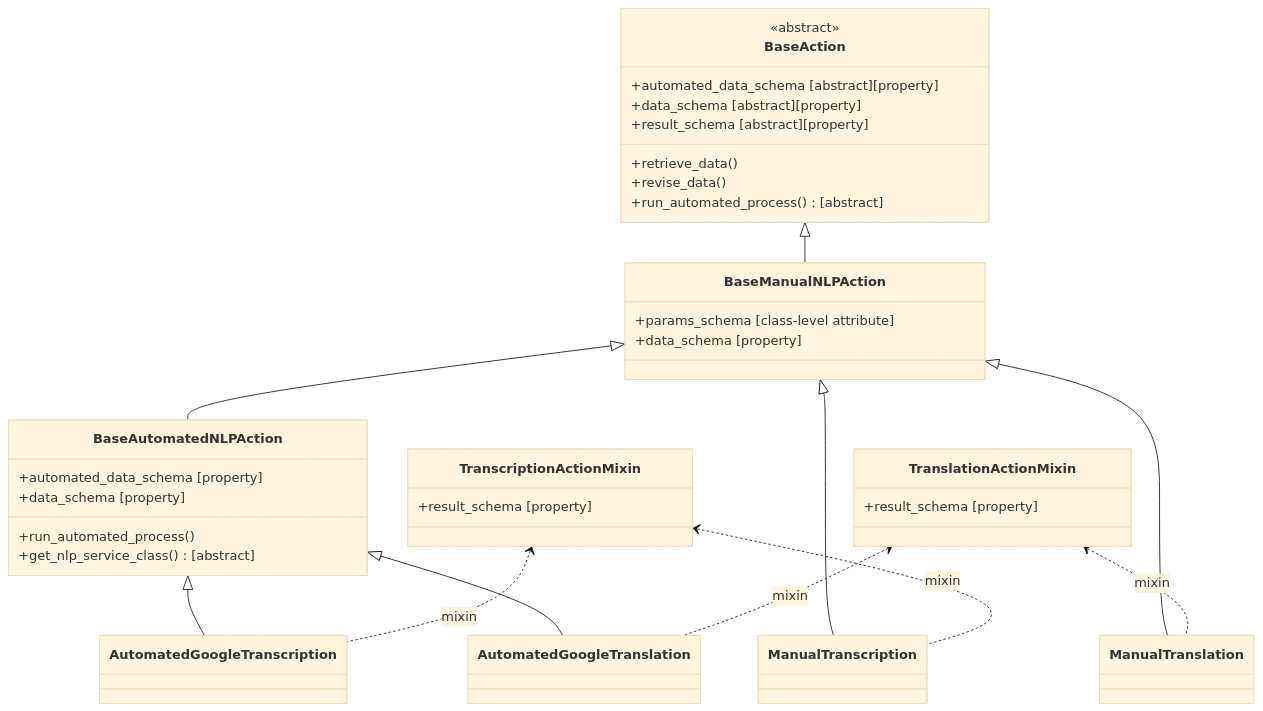
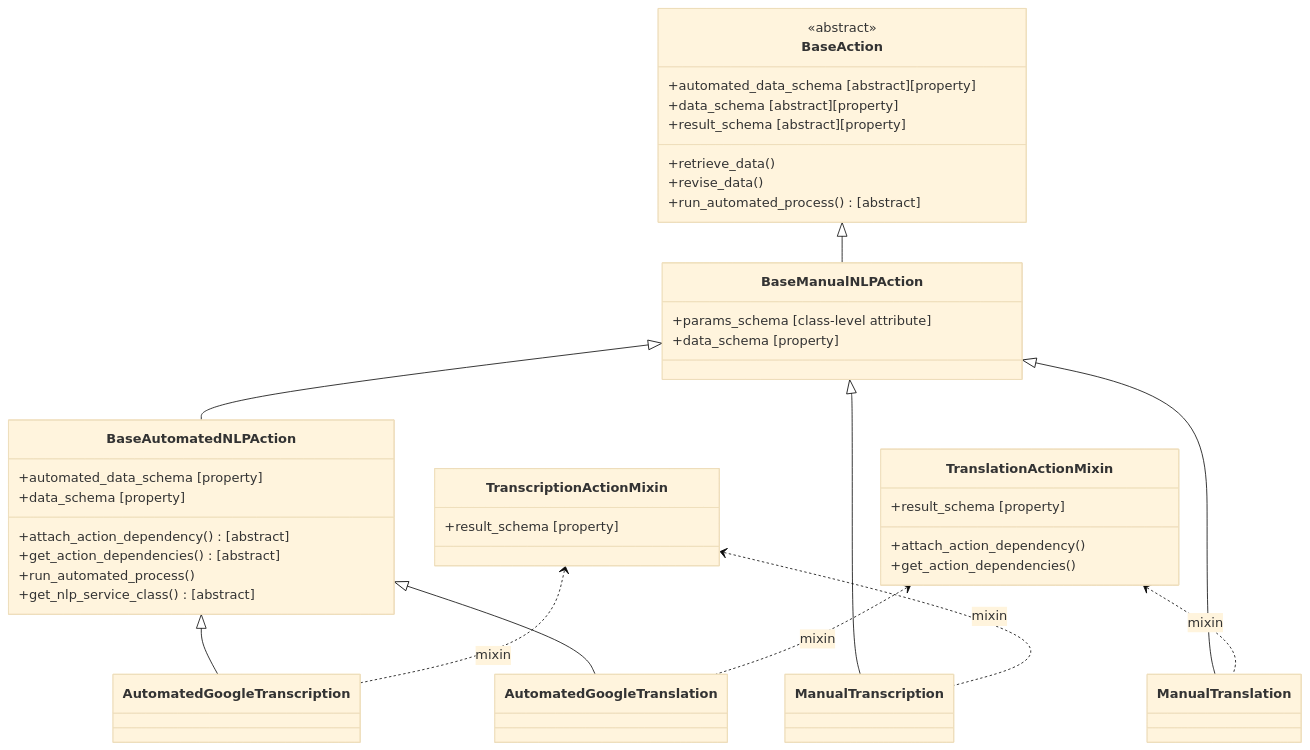
The first of 3 diagrams in kobo/apps/subsequences/README.md (kobotoolbox/kpi), drawn with Mermaid (base theme) before and after one commit. The commit also changed other lines of this file and 1 other file, not shown here.

````diff
--- a/kobo/apps/subsequences/README.md
+++ b/kobo/apps/subsequences/README.md
@@ -24,57 +24,61 @@
 ```mermaid
 classDiagram
 direction TB
 
 %% ==== Bases ====
 class BaseAction {
   <<abstract>>
   +automated_data_schema [abstract][property]
   +data_schema [abstract][property]
   +result_schema [abstract][property]
   +retrieve_data()
   +revise_data()
   +run_automated_process() [abstract]
 }
 
 class BaseManualNLPAction {
   +params_schema [class-level attribute]
   +data_schema [property]
 }
 
 class BaseAutomatedNLPAction {
+  +attach_action_dependency() [abstract]
   +automated_data_schema [property]
   +data_schema [property]
+  +get_action_dependencies() [abstract]
   +run_automated_process()
   +get_nlp_service_class() [abstract]
 }
 
 %% ==== Concrete ====
 class ManualTranscription
 class ManualTranslation
 class AutomatedGoogleTranscription
 class AutomatedGoogleTranslation
 
 %% ==== Mixins (provide result_schema) ====
 class TranscriptionActionMixin {
   +result_schema [property]
 }
 class TranslationActionMixin {
+  +attach_action_dependency()
+  +get_action_dependencies()
   +result_schema [property]
 }
 
 %% ==== Inheritance (bases) ====
 BaseAction <|-- BaseManualNLPAction
 BaseManualNLPAction <|-- BaseAutomatedNLPAction
 
 %% ==== Inheritance (concretes) ====
 BaseManualNLPAction <|-- ManualTranscription
 BaseManualNLPAction <|-- ManualTranslation
 BaseAutomatedNLPAction <|-- AutomatedGoogleTranscription
 BaseAutomatedNLPAction <|-- AutomatedGoogleTranslation
 
 %% ==== Mixins -> Concretes ====
 TranscriptionActionMixin <.. ManualTranscription : mixin
 TranscriptionActionMixin <.. AutomatedGoogleTranscription : mixin
 TranslationActionMixin  <.. ManualTranslation : mixin
 TranslationActionMixin  <.. AutomatedGoogleTranslation : mixin
 ```
````
